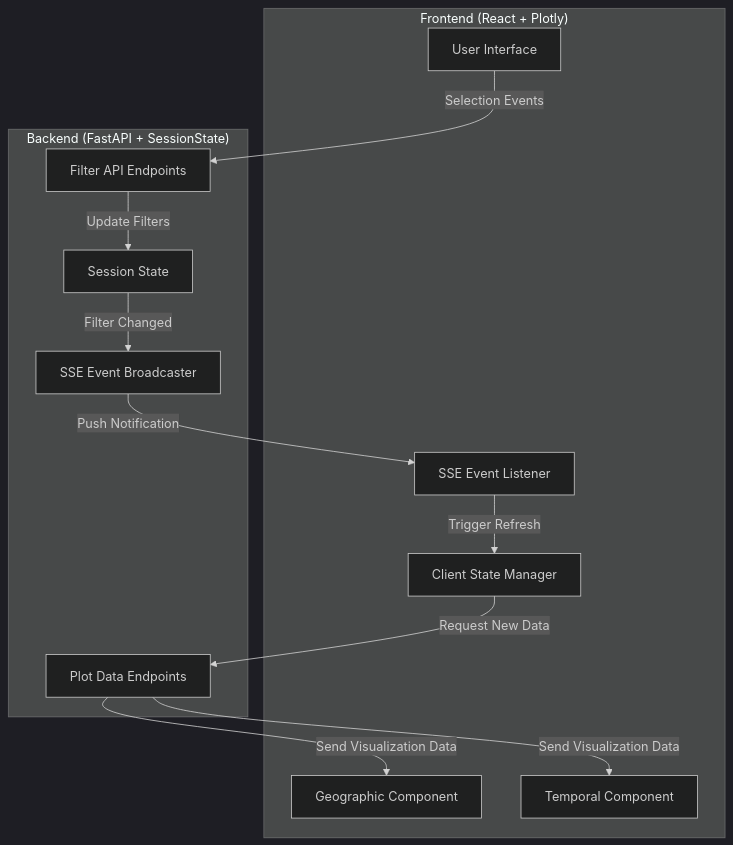
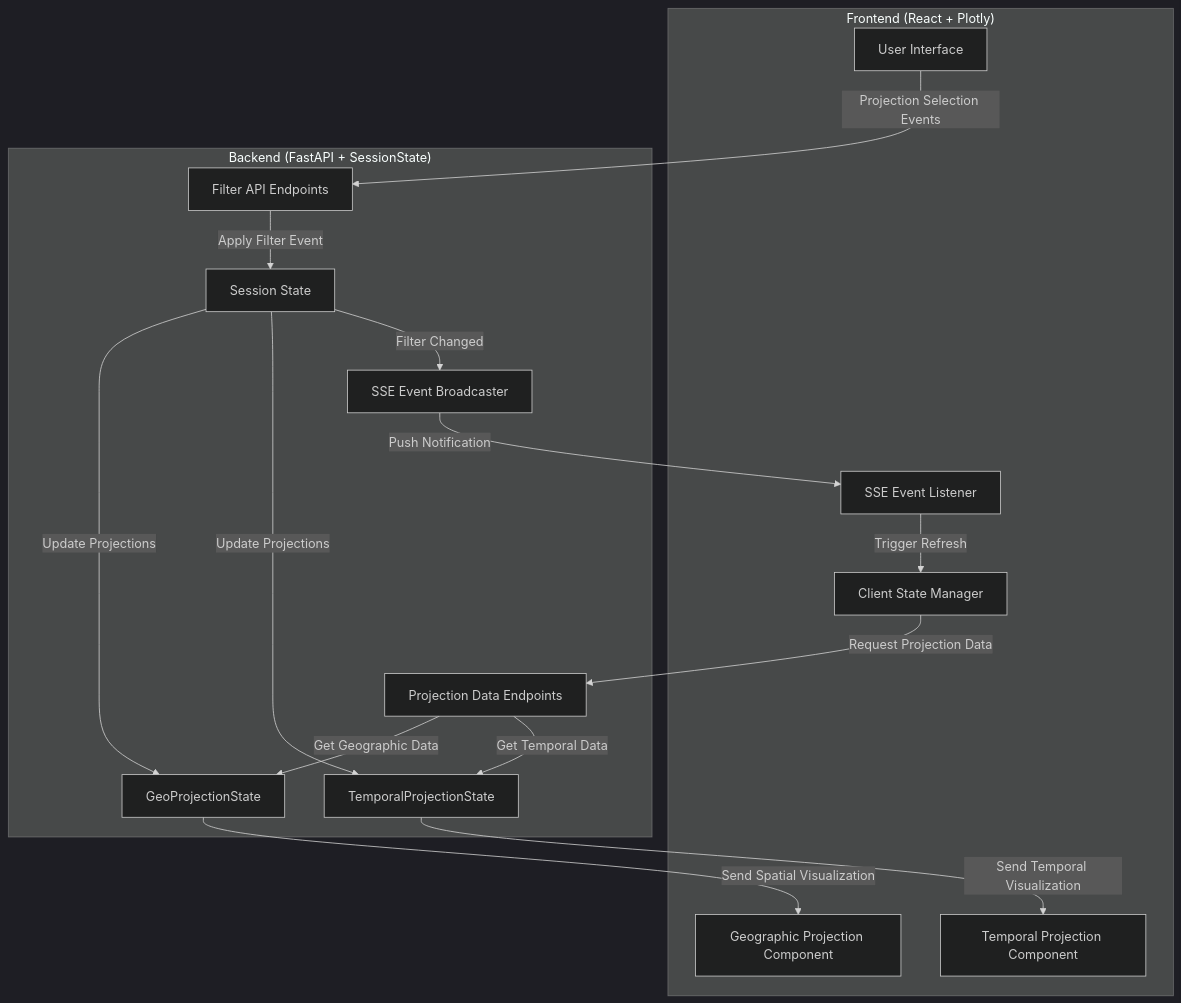
One commit to thadd3us/crossfilter changed the first of 2 diagrams in docs/frontend.md. Above: the diagram before and after it, drawn with Mermaid (dark theme). The commit also changed other lines of this file and 11 other files, not shown here.

First line of the commit message:
Refactor SessionState to projection-based architecture with type-safe FilterEvent

````diff
--- a/docs/frontend.md
+++ b/docs/frontend.md
@@ -45,26 +46,32 @@
 ```mermaid
 graph TB
     subgraph "Frontend (React + Plotly)"
         UI[User Interface]
-        GeoComp[Geographic Component]
-        TempComp[Temporal Component]  
+        GeoComp[Geographic Projection Component]
+        TempComp[Temporal Projection Component]  
         StateManager[Client State Manager]
         EventListener[SSE Event Listener]
     end
     
     subgraph "Backend (FastAPI + SessionState)"
         FilterAPI[Filter API Endpoints]
-        PlotAPI[Plot Data Endpoints]
+        PlotAPI[Projection Data Endpoints]
         SessionState[Session State]
         EventBroadcaster[SSE Event Broadcaster]
+        GeoProj[GeoProjectionState]
+        TempProj[TemporalProjectionState]
     end
     
-    UI -->|Selection Events| FilterAPI
-    FilterAPI -->|Update Filters| SessionState
+    UI -->|Projection Selection Events| FilterAPI
+    FilterAPI -->|Apply Filter Event| SessionState
+    SessionState -->|Update Projections| GeoProj
+    SessionState -->|Update Projections| TempProj
     SessionState -->|Filter Changed| EventBroadcaster
     EventBroadcaster -->|Push Notification| EventListener
     EventListener -->|Trigger Refresh| StateManager
-    StateManager -->|Request New Data| PlotAPI
-    PlotAPI -->|Send Visualization Data| GeoComp
-    PlotAPI -->|Send Visualization Data| TempComp
+    StateManager -->|Request Projection Data| PlotAPI
+    PlotAPI -->|Get Geographic Data| GeoProj
+    PlotAPI -->|Get Temporal Data| TempProj
+    GeoProj -->|Send Spatial Visualization| GeoComp
+    TempProj -->|Send Temporal Visualization| TempComp
 ```
````
